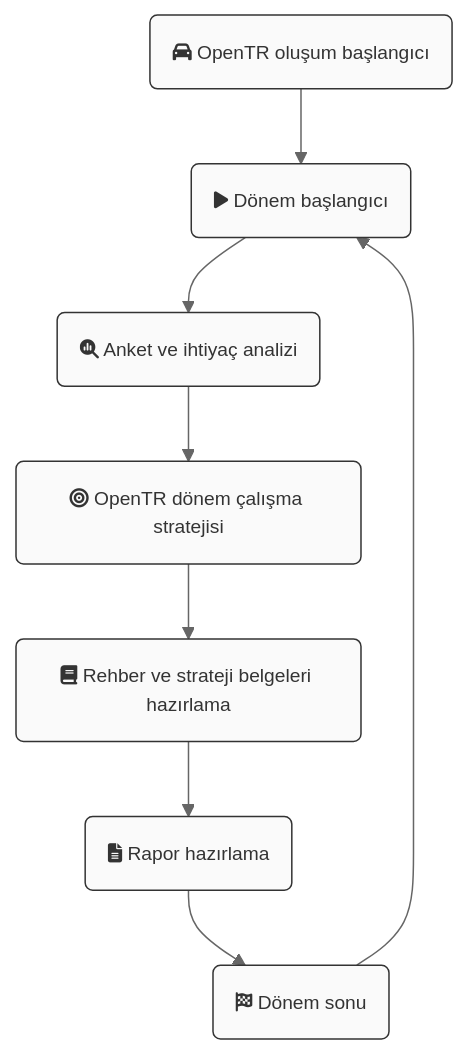
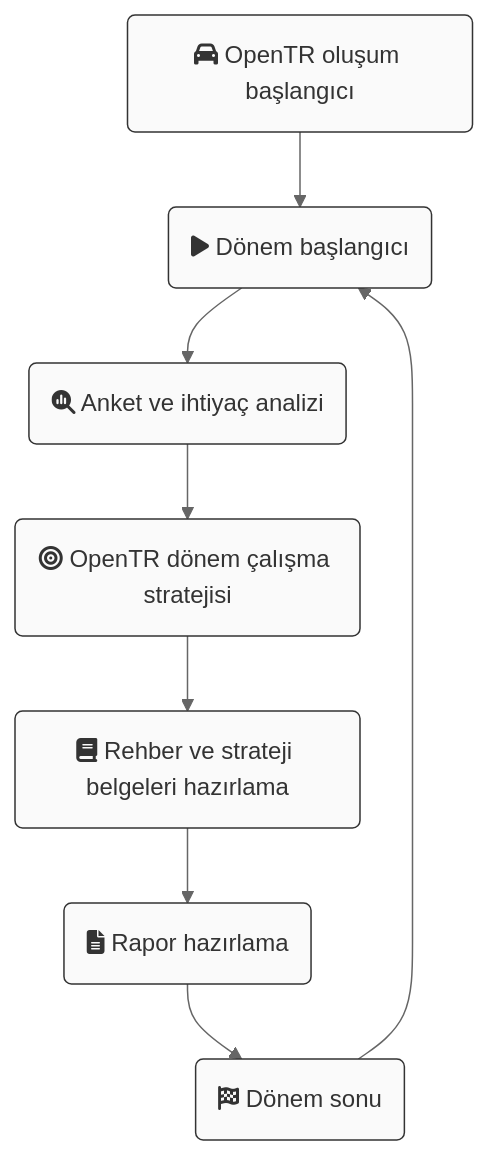
The first of 2 diagrams in content/tr/docs/about/methodology.md (OpenTRFoundation/OpenTR), drawn with Mermaid before and after one commit. The commit also changed 29 other files, not shown here.

````diff
--- a/content/tr/docs/about/methodology.md
+++ b/content/tr/docs/about/methodology.md
@@ -21,26 +21,26 @@
 ```mermaid
   %%{
   init: {
   'theme': 'base',
   'themeVariables': {
   'primaryColor': '#FAFAFA',
   'primaryTextColor': '#333333',
   'primaryBorderColor': '#333333',
   'lineColor': '#666666',
   'secondaryColor': '#00FF00',
   'tertiaryColor': '#0000FF',
   'fontFamily': "Open Sans",
-  'fontSize': '0.8em'
+  'fontSize': '1rem'
   }
   }
   }%%
 
   flowchart TD
   Start(fa:fa-car OpenTR oluşum başlangıcı) --> TermStart(fa:fa-play Dönem başlangıcı)
   TermStart --> Analysis(fa:fa-magnifying-glass-chart Anket ve ihtiyaç analizi)
   Analysis --> Strategy(fa:fa-bullseye OpenTR dönem çalışma stratejisi)
   Strategy --> Documents(fa:fa-book Rehber ve strateji belgeleri hazırlama)
   Documents --> Report(fa:fa-file-lines Rapor hazırlama)
   Report --> IterationEnd(fa:fa-flag-checkered Dönem sonu)
   IterationEnd --> TermStart
   ```
````
